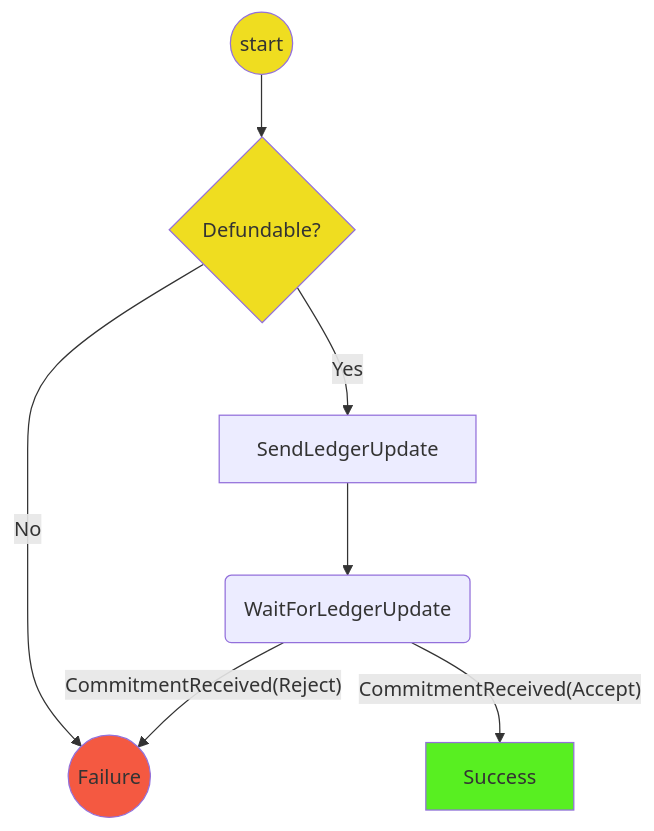
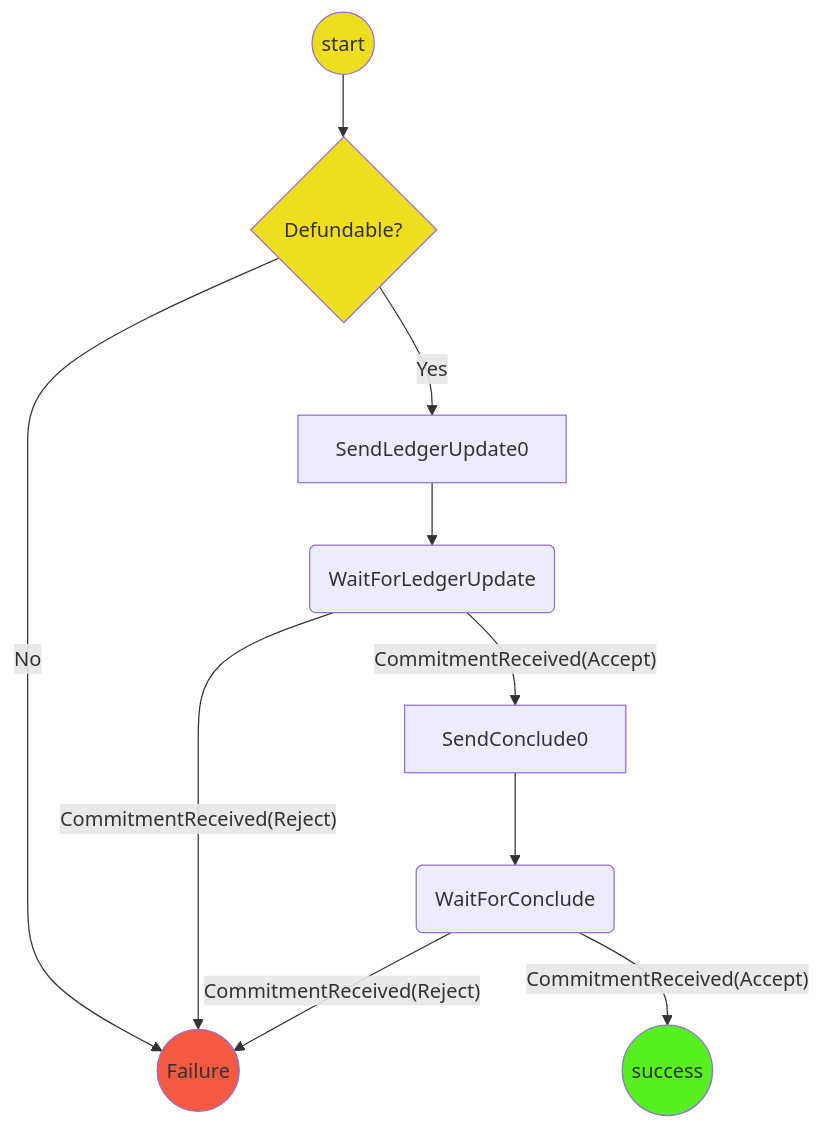
Before and after one commit to magmo/apps: the first of 2 diagrams in packages/wallet/src/redux/protocols/indirect-defunding/readme.md, drawn with Mermaid. The commit also changed other lines of this file and 7 other files, not shown here.

````diff
--- a/packages/wallet/src/redux/protocols/indirect-defunding/readme.md
+++ b/packages/wallet/src/redux/protocols/indirect-defunding/readme.md
@@ -15,15 +18,18 @@
 ```mermaid
 graph TD
 linkStyle default interpolate basis
   St((start))-->DF{Defundable?}
   DF --> |No| F((Failure))
-  DF -->|Yes|SC0[SendLedgerUpdate]
+  DF -->|Yes|SC0[SendLedgerUpdate0]
   SC0-->WFU(WaitForLedgerUpdate)
-  WFU --> |"CommitmentReceived(Accept)"|Su[Success]
+  WFU --> |"CommitmentReceived(Accept)"|SCo0[SendConclude0]
   WFU --> |"CommitmentReceived(Reject)"| F
+  SCo0 -->WFC(WaitForConclude)
+  WFC --> |"CommitmentReceived(Accept)"|Su((success))
+  WFC --> |"CommitmentReceived(Reject)"| F
 
   style St  fill:#efdd20
   style DF  fill:#efdd20
   style Su fill:#58ef21
   style F  fill:#f45941
 ```
````
